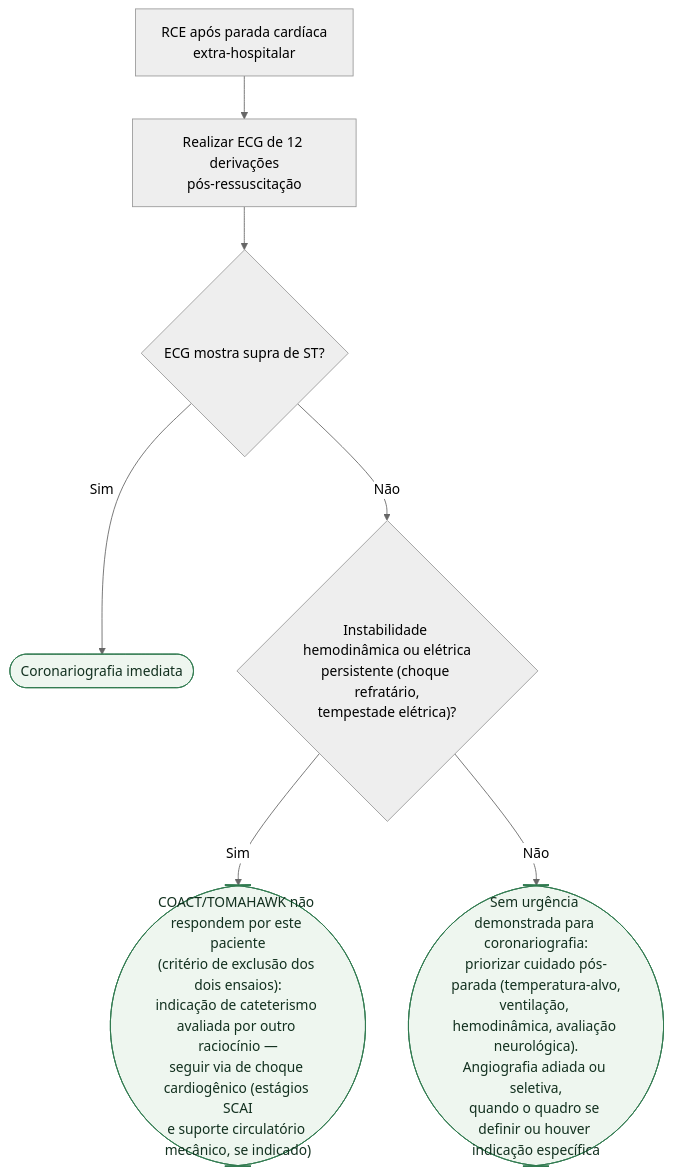
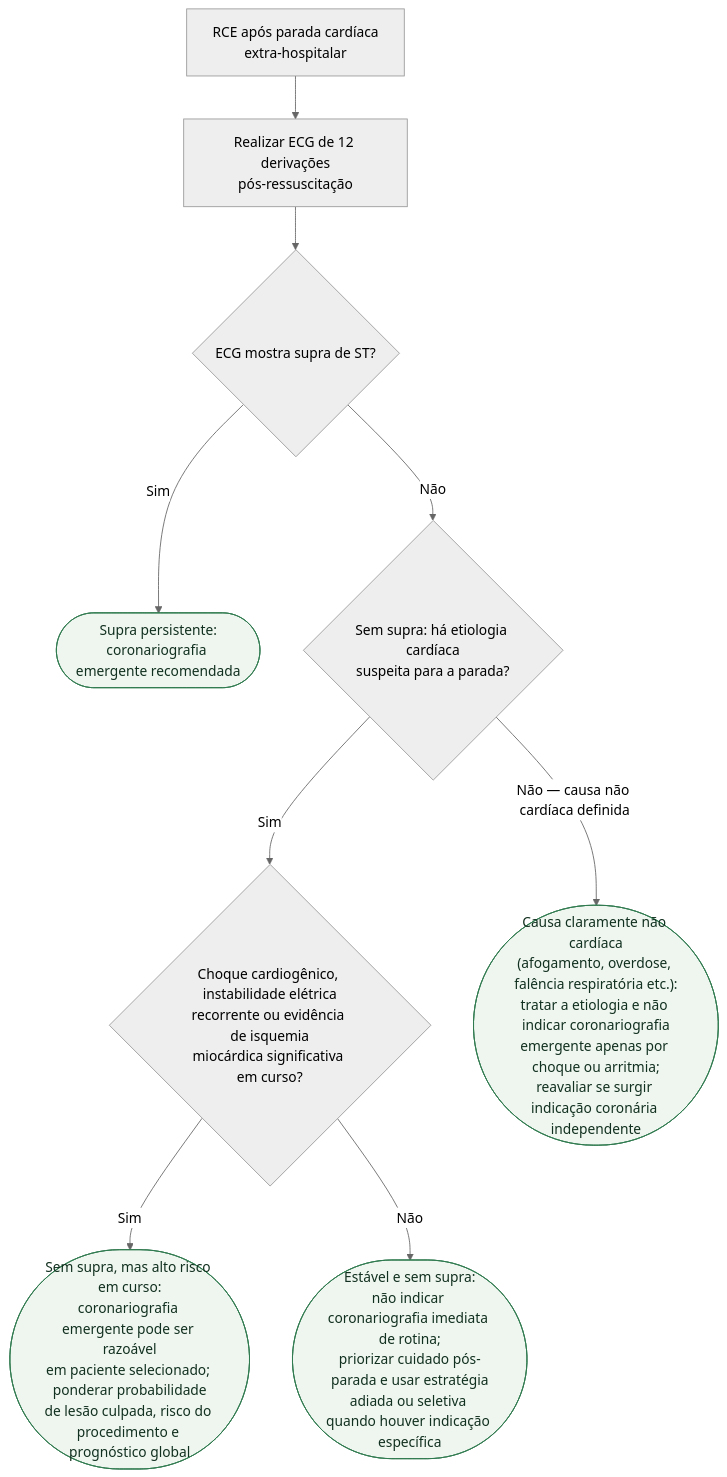
Before and after one commit to rafaelpaesmeirelles/MeuCardio: the diagram in content/Terapia_intensiva/fluxograma-cuidado-pos-parada-e-coronariografia.md, drawn with Mermaid (neutral theme). The commit also changed other lines of this file and 201 other files, not shown here.

````diff
--- a/content/Terapia_intensiva/fluxograma-cuidado-pos-parada-e-coronariografia.md
+++ b/content/Terapia_intensiva/fluxograma-cuidado-pos-parada-e-coronariografia.md
@@ -22,20 +24,24 @@
 ```mermaid
 flowchart TD
   R0["RCE após parada cardíaca<br/>extra-hospitalar"]
   P1["Realizar ECG de 12 derivações<br/>pós-ressuscitação"]
   D1{"ECG mostra supra de ST?"}
-  C1(["Coronariografia imediata"])
-  D2{"Instabilidade hemodinâmica ou elétrica<br/>persistente (choque refratário,<br/>tempestade elétrica)?"}
-  C2(["COACT/TOMAHAWK não respondem por este paciente<br/>(critério de exclusão dos dois ensaios):<br/>indicação de cateterismo avaliada por outro raciocínio —<br/>seguir via de choque cardiogênico (estágios SCAI<br/>e suporte circulatório mecânico, se indicado)"])
-  C3(["Sem urgência demonstrada para coronariografia:<br/>priorizar cuidado pós-parada (temperatura-alvo,<br/>ventilação, hemodinâmica, avaliação neurológica).<br/>Angiografia adiada ou seletiva,<br/>quando o quadro se definir ou houver indicação específica"])
+  C1(["Supra persistente:<br/>coronariografia emergente recomendada"])
+  D2{"Sem supra: há etiologia cardíaca<br/>suspeita para a parada?"}
+  D3{"Choque cardiogênico, instabilidade elétrica<br/>recorrente ou evidência de isquemia<br/>miocárdica significativa em curso?"}
+  C2(["Sem supra, mas alto risco em curso:<br/>coronariografia emergente pode ser razoável<br/>em paciente selecionado; ponderar probabilidade<br/>de lesão culpada, risco do procedimento e prognóstico global"])
+  C3(["Estável e sem supra:<br/>não indicar coronariografia imediata de rotina;<br/>priorizar cuidado pós-parada e usar estratégia<br/>adiada ou seletiva quando houver indicação específica"])
+  C4(["Causa claramente não cardíaca<br/>(afogamento, overdose, falência respiratória etc.):<br/>tratar a etiologia e não indicar coronariografia<br/>emergente apenas por choque ou arritmia;<br/>reavaliar se surgir indicação coronária independente"])
 
   R0 --> P1
   P1 --> D1
   D1 -->|"Sim"| C1
   D1 -->|"Não"| D2
-  D2 -->|"Sim"| C2
-  D2 -->|"Não"| C3
+  D2 -->|"Não — causa não cardíaca definida"| C4
+  D2 -->|"Sim"| D3
+  D3 -->|"Sim"| C2
+  D3 -->|"Não"| C3
 
   classDef conduta fill:#eef6ef,stroke:#2f7a4f,color:#12301f;
-  class C1,C2,C3 conduta;
+  class C1,C2,C3,C4 conduta;
 ```
````
